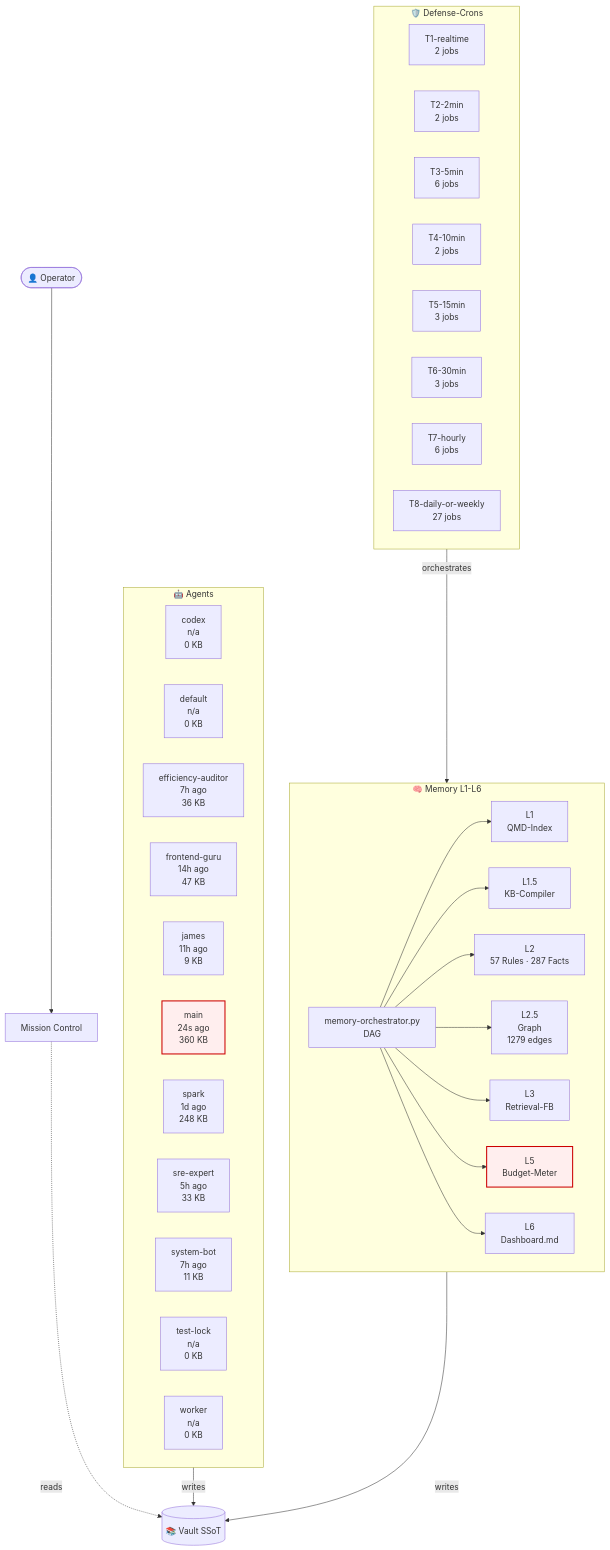
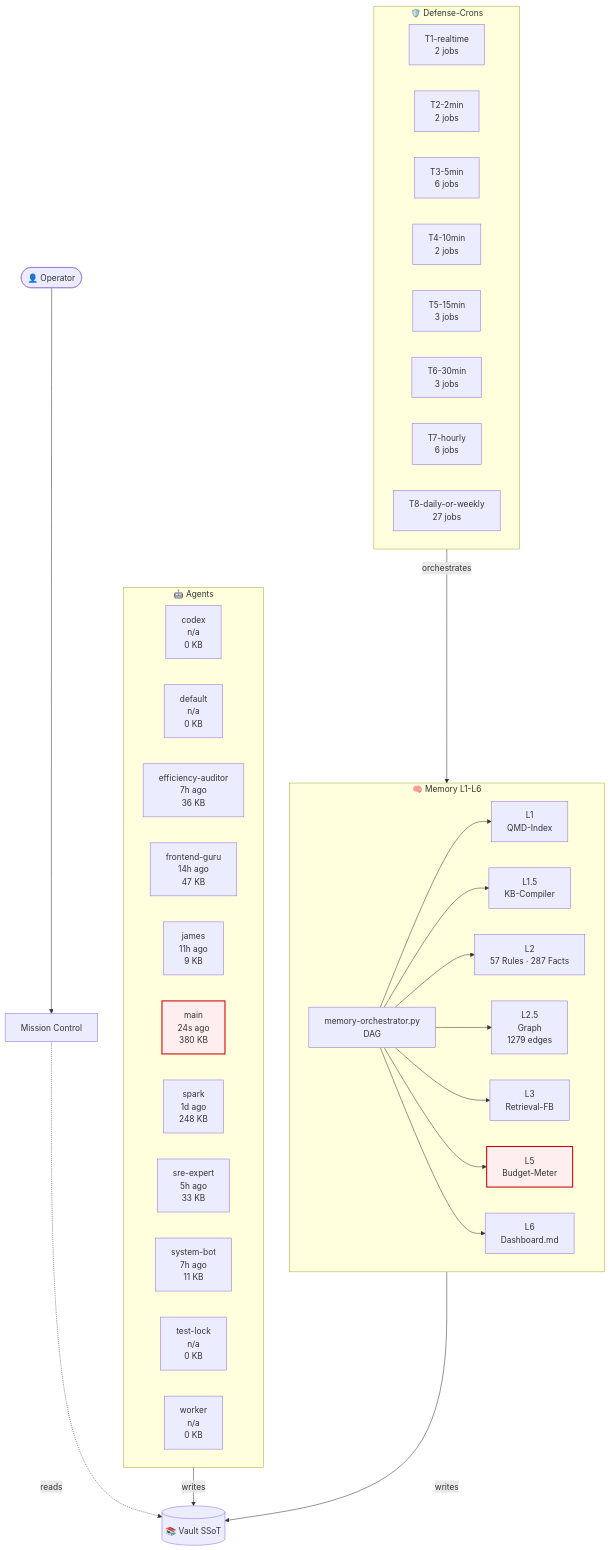
Before and after one commit to lenardhuebner88-rgb/openclaw-memory: the diagram in 03-Agents/architecture-live.md, drawn with Mermaid. The commit also changed other lines of this file and 13 other files, not shown here.

````diff
--- a/03-Agents/architecture-live.md
+++ b/03-Agents/architecture-live.md
@@ -18,54 +18,54 @@
 ```mermaid
 flowchart TB
     classDef critical fill:#fee,stroke:#c00,stroke-width:2px;
     subgraph AGT["🤖 Agents"]
         agent_codex["codex<br/>n/a<br/>0 KB"]
         agent_default["default<br/>n/a<br/>0 KB"]
         agent_efficiency_auditor["efficiency-auditor<br/>7h ago<br/>36 KB"]
         agent_frontend_guru["frontend-guru<br/>14h ago<br/>47 KB"]
         agent_james["james<br/>11h ago<br/>9 KB"]
-        agent_main["main<br/>24s ago<br/>360 KB"]
+        agent_main["main<br/>24s ago<br/>380 KB"]
         agent_spark["spark<br/>1d ago<br/>248 KB"]
         agent_sre_expert["sre-expert<br/>5h ago<br/>33 KB"]
         agent_system_bot["system-bot<br/>7h ago<br/>11 KB"]
         agent_test_lock["test-lock<br/>n/a<br/>0 KB"]
         agent_worker["worker<br/>n/a<br/>0 KB"]
     end
     subgraph MEM["🧠 Memory L1-L6"]
         L1["L1<br/>QMD-Index"]
         L15["L1.5<br/>KB-Compiler"]
         L2["L2<br/>57 Rules · 287 Facts"]
         L25["L2.5<br/>Graph<br/>1279 edges"]
         L3["L3<br/>Retrieval-FB"]
         L5["L5<br/>Budget-Meter"]
         L6["L6<br/>Dashboard.md"]
         ORCH["memory-orchestrator.py<br/>DAG"]
     end
     subgraph CRN["🛡️ Defense-Crons"]
         tier_T1_realtime["T1-realtime<br/>2 jobs"]
         tier_T2_2min["T2-2min<br/>2 jobs"]
         tier_T3_5min["T3-5min<br/>6 jobs"]
         tier_T4_10min["T4-10min<br/>2 jobs"]
         tier_T5_15min["T5-15min<br/>3 jobs"]
         tier_T6_30min["T6-30min<br/>3 jobs"]
         tier_T7_hourly["T7-hourly<br/>6 jobs"]
         tier_T8_daily_or_weekly["T8-daily-or-weekly<br/>27 jobs"]
     end
     VAULT[("📚 Vault SSoT")]
     OP([👤 Operator])
     MC["Mission Control"]
     OP --> MC
     MC -.reads.-> VAULT
     AGT -->|writes| VAULT
     MEM -->|writes| VAULT
     ORCH --> L1
     ORCH --> L15
     ORCH --> L2
     ORCH --> L25
     ORCH --> L3
     ORCH --> L5
     ORCH --> L6
     CRN -->|orchestrates| MEM
     class L5 critical
     class agent_main critical
 ```
````
